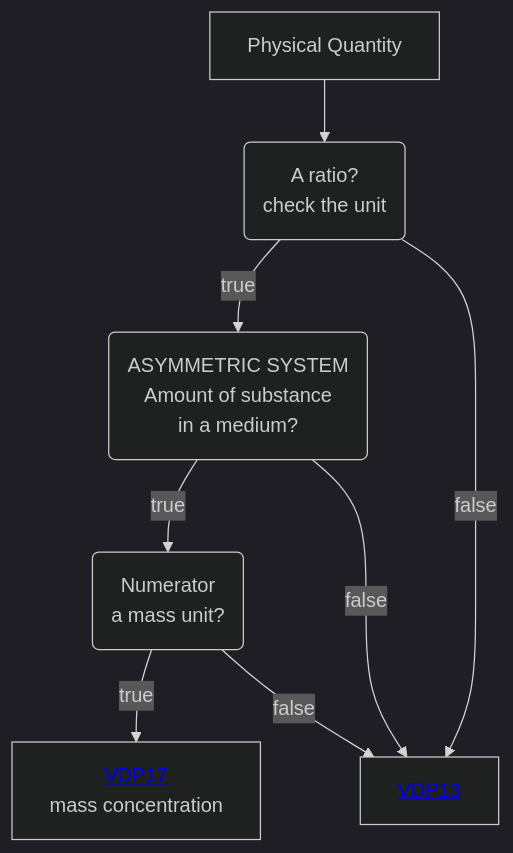
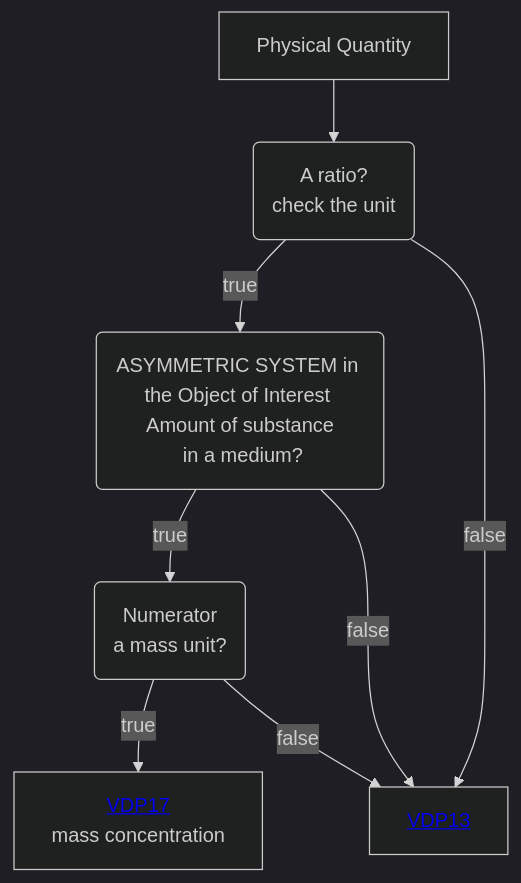
The diagram in Decisition_trees/DT2.mmd (mabablue/I-ADOPT-patterns-playground), drawn with Mermaid (dark theme) before and after one commit.

Commit message:
Update flowchart description in DT2.mmd

```diff
--- a/Decisition_trees/DT2.mmd
+++ b/Decisition_trees/DT2.mmd
@@ -1,8 +1,8 @@
 flowchart TD
     A[Physical Quantity] --> B(A ratio?<br>check the unit)
-    B --> |true|C(ASYMMETRIC SYSTEM <br> Amount of substance <br> in a medium?) 
+    B --> |true|C(ASYMMETRIC SYSTEM in the Object of Interest <br> Amount of substance <br> in a medium?) 
     B --> |false|D[<a href='https://github.com/mabablue/I-ADOPT-patterns-playground/blob/main/pattern/VDP13.yaml'>VDP13</a>]
     C --> |true|E(Numerator <br> a mass unit?)
     C --> |false|D
     E --> |true|F[<a href='https://github.com/mabablue/I-ADOPT-patterns-playground/blob/main/pattern/VDP17.yaml'>VDP17</a> <br> mass concentration]
     E --> |false|D
```
